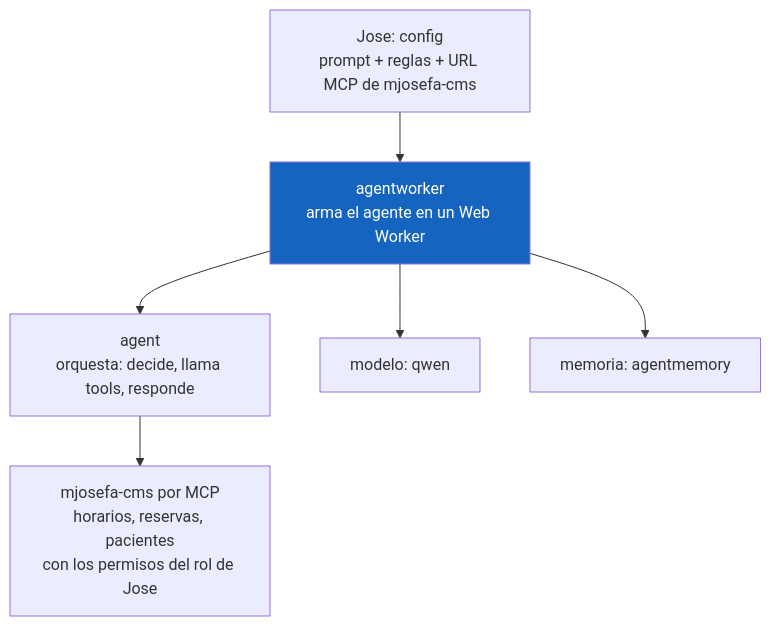
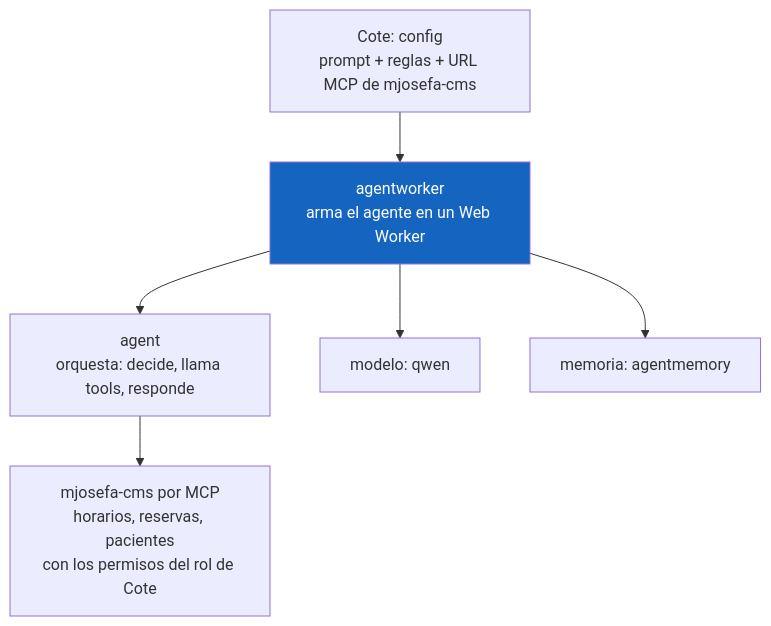
The first of 6 diagrams in docs/diagrams/ECOSYSTEM_MAP.md (webtyp/agent), drawn with Mermaid before and after one commit. The commit also changed other lines of this file and 3 other files, not shown here.

Commit message:
docs: the assistant is Cote (ex Jose); master plan state with PRs in review

````diff
--- a/docs/diagrams/ECOSYSTEM_MAP.md
+++ b/docs/diagrams/ECOSYSTEM_MAP.md
@@ -27,10 +27,10 @@
 ```mermaid
 flowchart TD
-    JOSE[Jose: config<br/>prompt + reglas + URL MCP de mjosefa-cms] --> AW[agentworker<br/>arma el agente en un Web Worker]
+    JOSE[Cote: config<br/>prompt + reglas + URL MCP de mjosefa-cms] --> AW[agentworker<br/>arma el agente en un Web Worker]
     AW --> AGENT[agent<br/>orquesta: decide, llama tools, responde]
     AW --> MODEL[modelo: qwen]
     AW --> MEMORY[memoria: agentmemory]
-    AGENT --> CMS[mjosefa-cms por MCP<br/>horarios, reservas, pacientes<br/>con los permisos del rol de Jose]
+    AGENT --> CMS[mjosefa-cms por MCP<br/>horarios, reservas, pacientes<br/>con los permisos del rol de Cote]
     classDef proposal fill:#1565c0,color:#fff
     class AW proposal
 ```
````
